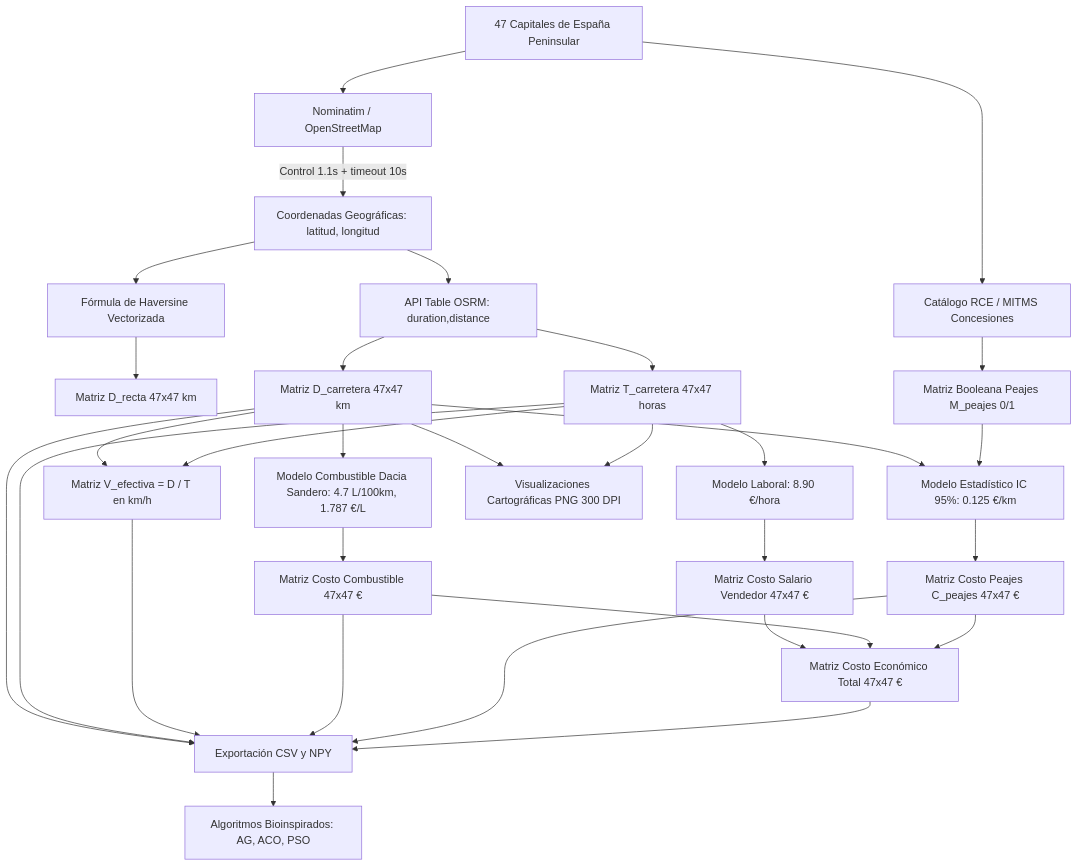
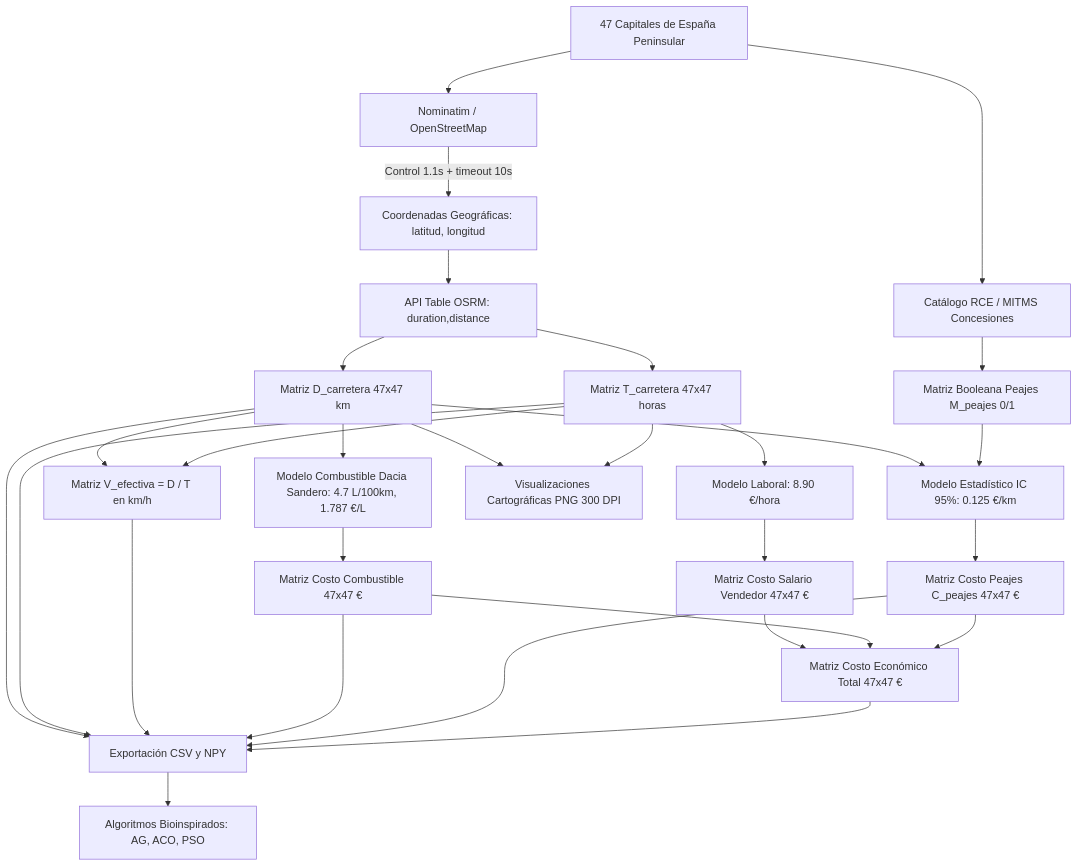
Before and after one commit to Gmiercrack/Redes-Neuronales-y-algoritmos-Bionispirados: the diagram in Parte_2/DOCUMENTACION_METODOLOGICA_TSP.md, drawn with Mermaid. The commit also changed other lines of this file and 7 other files, not shown here.

````diff
--- a/Parte_2/DOCUMENTACION_METODOLOGICA_TSP.md
+++ b/Parte_2/DOCUMENTACION_METODOLOGICA_TSP.md
@@ -295,33 +273,30 @@
 ```mermaid
 flowchart TD
     A[47 Capitales de España Peninsular] --> B[Nominatim / OpenStreetMap]
     B -->|Control 1.1s + timeout 10s| C[Coordenadas Geográficas: latitud, longitud]
-    
-    C --> D[Fórmula de Haversine Vectorizada]
-    D --> E[Matriz D_recta 47x47 km]
     
     C --> F[API Table OSRM: duration,distance]
     F --> G[Matriz D_carretera 47x47 km]
     F --> H[Matriz T_carretera 47x47 horas]
     
     G & H --> V[Matriz V_efectiva = D / T en km/h]
     
     G --> COMB[Modelo Combustible Dacia Sandero: 4.7 L/100km, 1.787 €/L]
     COMB --> C_COMB[Matriz Costo Combustible 47x47 €]
     
     H --> LAB[Modelo Laboral: 8.90 €/hora]
     LAB --> C_LAB[Matriz Costo Salario Vendedor 47x47 €]
     
     A --> I[Catálogo RCE / MITMS Concesiones]
     I --> J[Matriz Booleana Peajes M_peajes 0/1]
     
     G & J --> K[Modelo Estadístico IC 95%: 0.125 €/km]
     K --> L[Matriz Costo Peajes C_peajes 47x47 €]
     
     C_LAB & C_COMB & L --> C_TOTAL[Matriz Costo Económico Total 47x47 €]
     
     G & H & V & C_COMB & L & C_TOTAL --> M[Exportación CSV y NPY]
     G & H --> N[Visualizaciones Cartográficas PNG 300 DPI]
     
     M --> O[Algoritmos Bioinspirados: AG, ACO, PSO]
 ```
````
